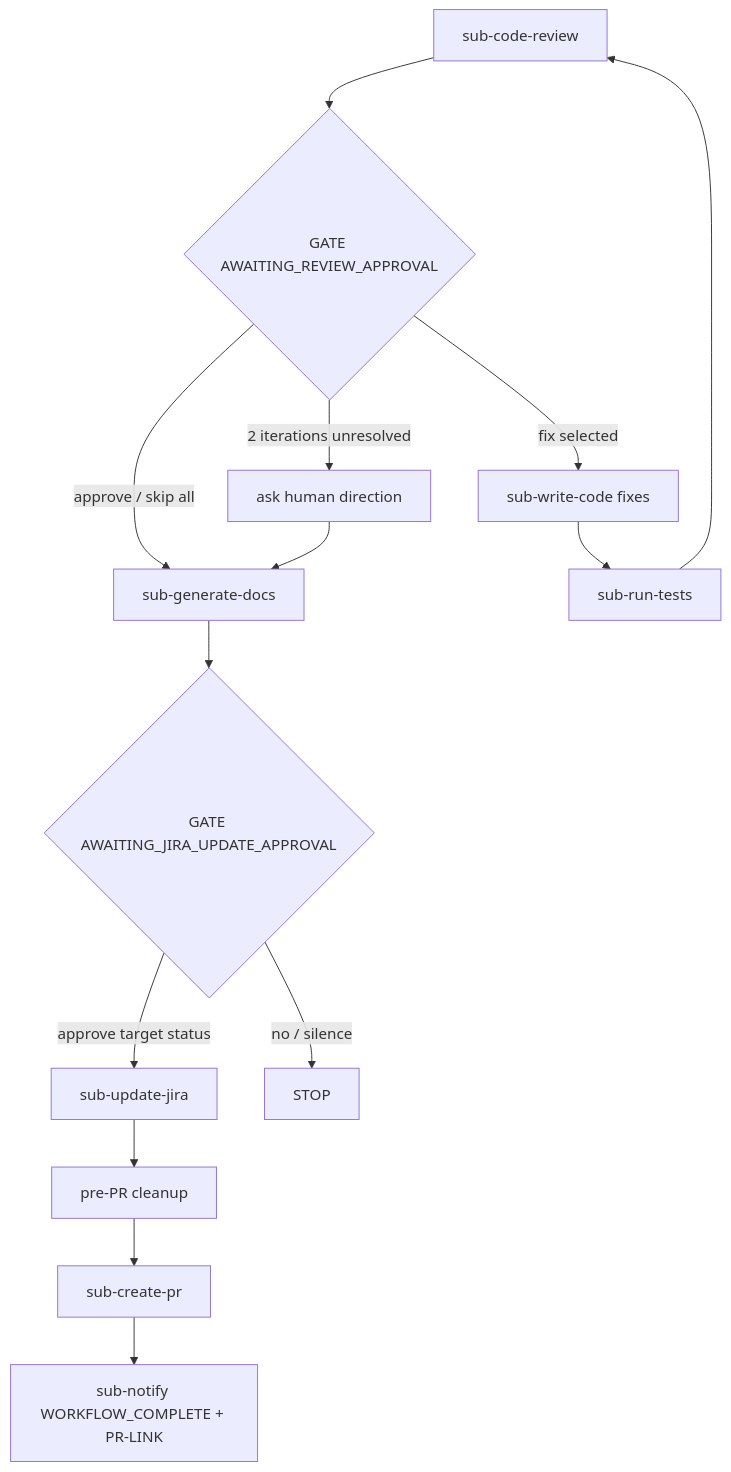
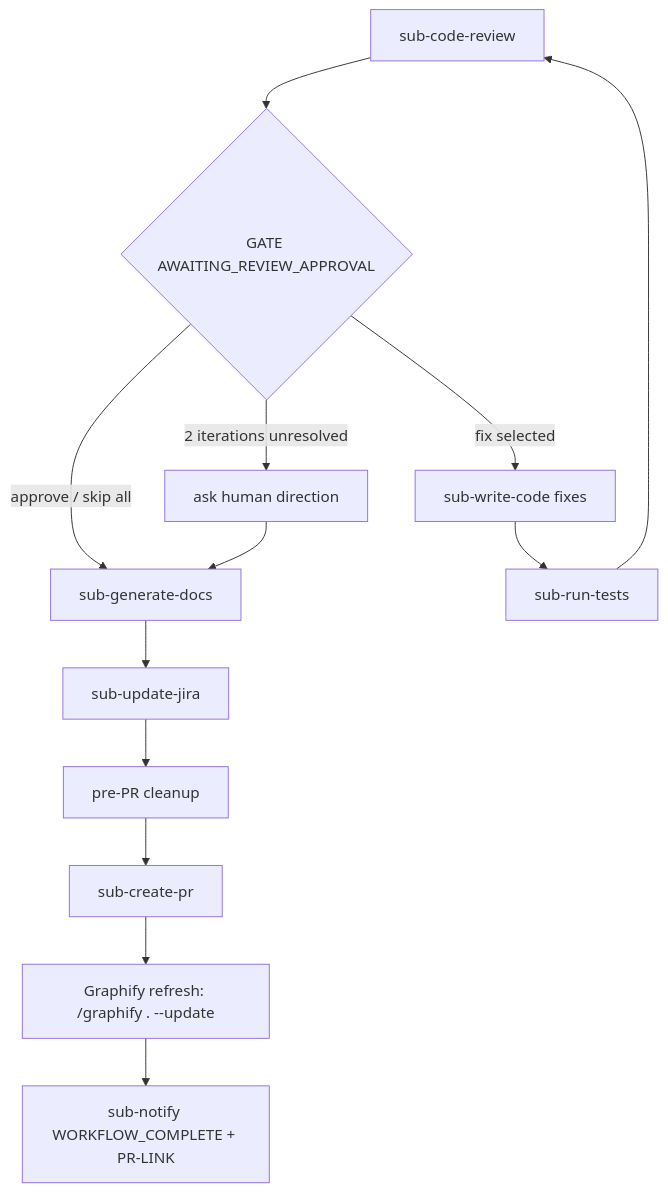
The third of 3 diagrams in agents/software-engineer-dev.agent.md (Agents-development-org/.github), drawn with Mermaid before and after one commit. The commit also changed other lines of this file and 14 other files, not shown here.

Commit message:
implemented graphify

````diff
--- a/agents/software-engineer-dev.agent.md
+++ b/agents/software-engineer-dev.agent.md
@@ -288,16 +289,15 @@
 ```mermaid
 flowchart TD
   R[sub-code-review] --> GR{GATE AWAITING_REVIEW_APPROVAL}
   GR -->|approve / skip all| DOC[sub-generate-docs]
   GR -->|fix selected| FIX[sub-write-code fixes]
   FIX --> T[sub-run-tests]
   T --> R
   GR -->|2 iterations unresolved| ASK[ask human direction]
   ASK --> DOC
-  DOC --> GJ{GATE AWAITING_JIRA_UPDATE_APPROVAL}
-  GJ -->|approve target status| J[sub-update-jira]
-  GJ -->|no / silence| STOPJ[STOP]
+  DOC --> J[sub-update-jira]
   J --> CL[pre-PR cleanup]
   CL --> PR[sub-create-pr]
-  PR --> N[sub-notify WORKFLOW_COMPLETE + PR-LINK]
+  PR --> GU[Graphify refresh: /graphify . --update]
+  GU --> N[sub-notify WORKFLOW_COMPLETE + PR-LINK]
 ```
````
